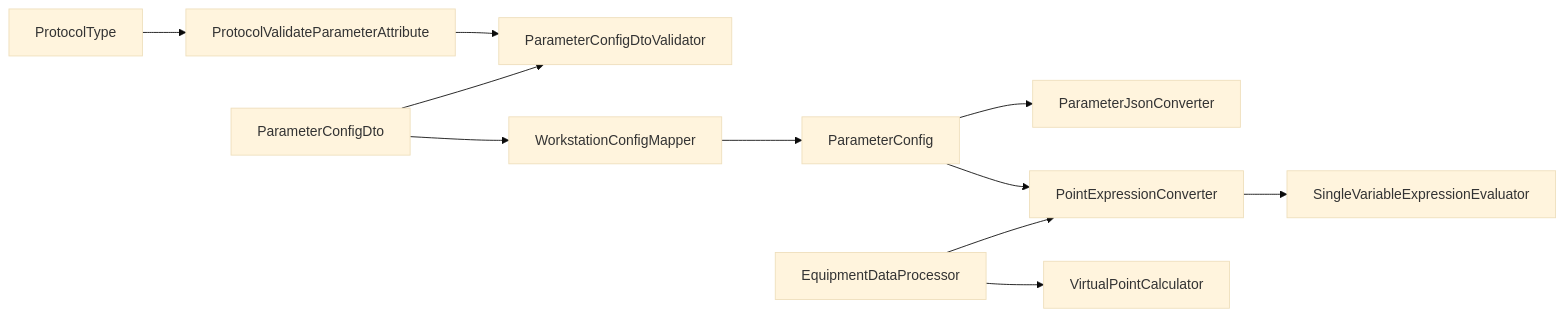
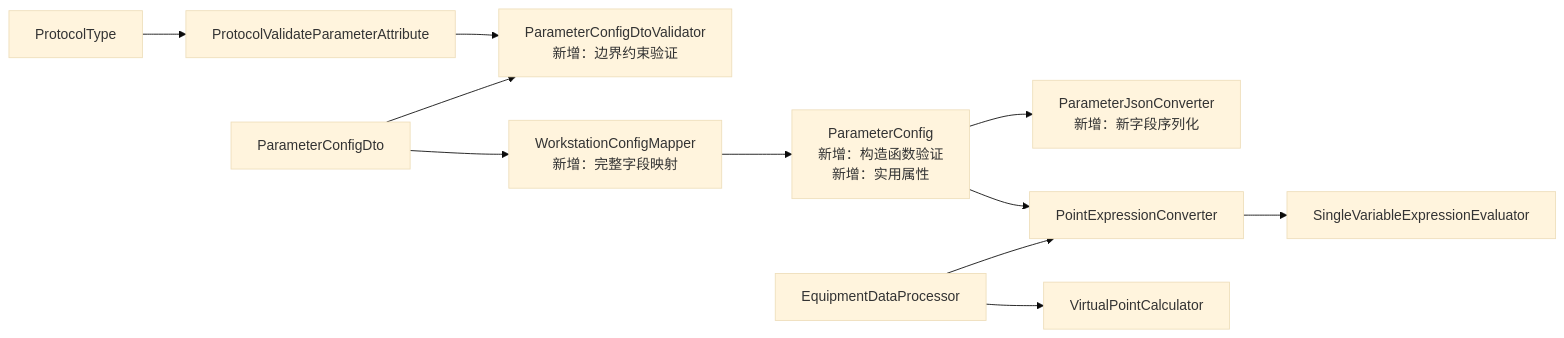
The fifth of 7 diagrams in .qoder/repowiki/zh/content/领域模型设计/参数配置模型.md (whitemousetl/IndustrialDataSolution), drawn with Mermaid (base theme) before and after one commit. The commit also changed other lines of this file and 18 other files, not shown here.

````diff
--- a/.qoder/repowiki/zh/content/领域模型设计/参数配置模型.md
+++ b/.qoder/repowiki/zh/content/领域模型设计/参数配置模型.md
@@ -356,13 +398,13 @@
 ```mermaid
 graph LR
 PT["ProtocolType"] --> PVA["ProtocolValidateParameterAttribute"]
-PVA --> VAL["ParameterConfigDtoValidator"]
+PVA --> VAL["ParameterConfigDtoValidator<br/>新增：边界约束验证"]
 DTO["ParameterConfigDto"] --> VAL
-DTO --> MAP["WorkstationConfigMapper"]
-MAP --> PC["ParameterConfig"]
-PC --> PJC["ParameterJsonConverter"]
+DTO --> MAP["WorkstationConfigMapper<br/>新增：完整字段映射"]
+MAP --> PC["ParameterConfig<br/>新增：构造函数验证<br/>新增：实用属性"]
+PC --> PJC["ParameterJsonConverter<br/>新增：新字段序列化"]
 PC --> PEC["PointExpressionConverter"]
 PEC --> SVE["SingleVariableExpressionEvaluator"]
 EDP["EquipmentDataProcessor"] --> PEC
 EDP --> VPC["VirtualPointCalculator"]
 ```
````
